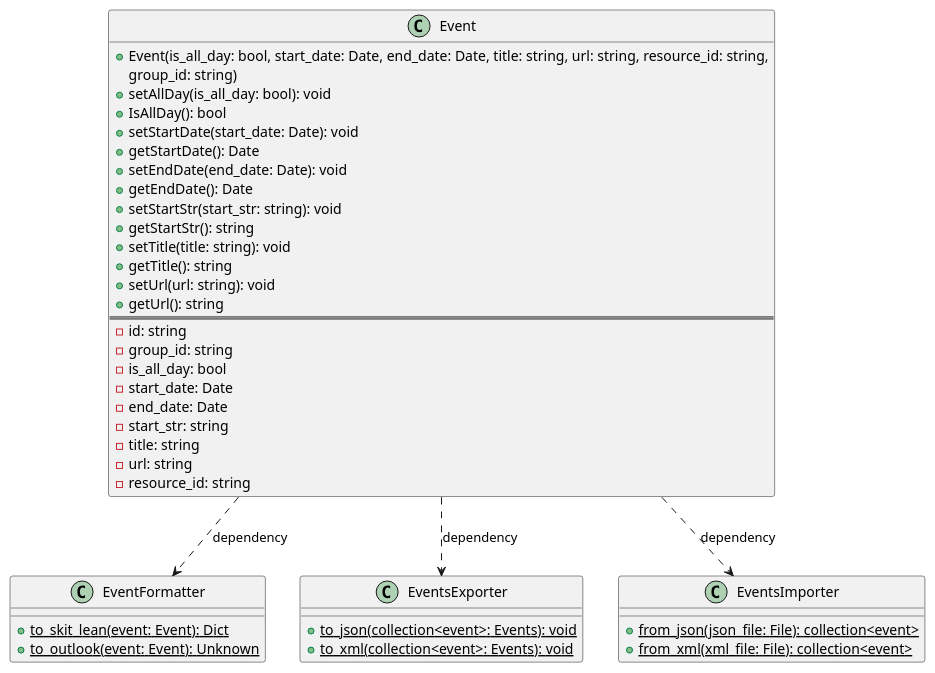
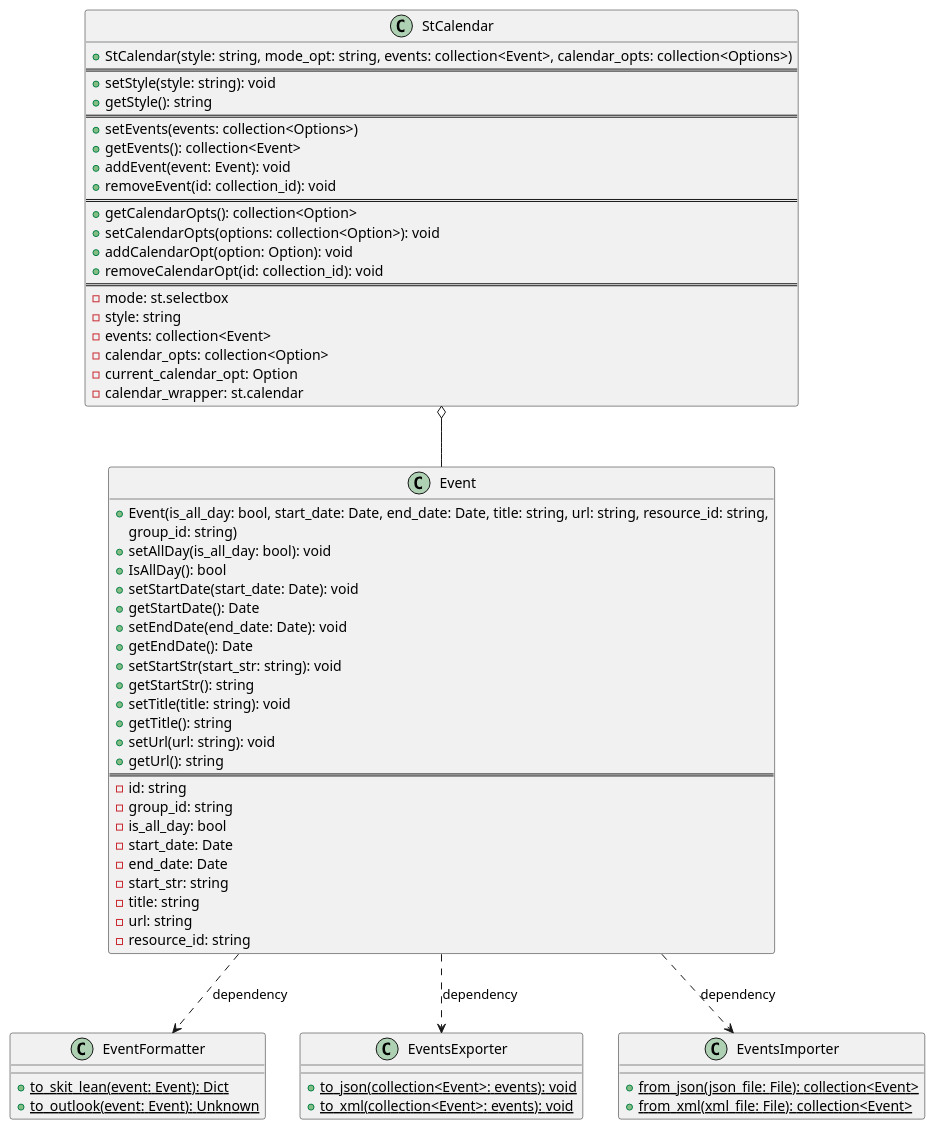
One commit to SirArt25/Chronastra changed the diagram in uml-diagram/chronastra.puml. Above: the diagram before and after it, drawn with PlantUML. The commit also changed 3 other files, not shown here.

Commit message:
Add StCallendar uml

```diff
--- a/uml-diagram/chronastra.puml
+++ b/uml-diagram/chronastra.puml
@@ -1,50 +1,73 @@
 @startuml
 class Event{
     + Event(is_all_day: bool, start_date: Date, end_date: Date, title: string, url: string, resource_id: string,
         group_id: string)
     + setAllDay(is_all_day: bool): void
     + IsAllDay(): bool
     + setStartDate(start_date: Date): void
     + getStartDate(): Date
     + setEndDate(end_date: Date): void
     + getEndDate(): Date
     + setStartStr(start_str: string): void
     + getStartStr(): string
     + setTitle(title: string): void
     + getTitle(): string
     + setUrl(url: string): void
     + getUrl(): string
     ===
     - id: string
     - group_id: string
     - is_all_day: bool
     - start_date: Date
     - end_date: Date
     - start_str: string
     - title: string
     - url: string
     - resource_id: string
 }
 
 
 class EventFormatter{
     {static} + to_skit_lean(event: Event): Dict
     {static} + to_outlook(event: Event): Unknown
 }
 
 class EventsExporter{
-    {static} + to_json(collection<event>: Events): void
-    {static} + to_xml(collection<event>: Events): void
+    {static} + to_json(collection<Event>: events): void
+    {static} + to_xml(collection<Event>: events): void
 }
 
 class EventsImporter{
-    {static} + from_json(json_file: File): collection<event>
-    {static} + from_xml(xml_file: File): collection<event>
+    {static} + from_json(json_file: File): collection<Event>
+    {static} + from_xml(xml_file: File): collection<Event>
 }
 
+class StCalendar{
+    + StCalendar(style: string, mode_opt: string, events: collection<Event>, calendar_opts: collection<Options>)
+    ===
+    + setStyle(style: string): void
+    + getStyle(): string
+    ===
+    + setEvents(events: collection<Options>)
+    + getEvents(): collection<Event>
+    + addEvent(event: Event): void
+    + removeEvent(id: collection_id): void
+    ===
+    + getCalendarOpts(): collection<Option>
+    + setCalendarOpts(options: collection<Option>): void
+    + addCalendarOpt(option: Option): void
+    + removeCalendarOpt(id: collection_id): void
+    ===
+    - mode: st.selectbox
+    - style: string
+    - events: collection<Event>
+    - calendar_opts: collection<Option>
+    - current_calendar_opt: Option
+    - calendar_wrapper: st.calendar
+}
 
-
+StCalendar o-- Event
 Event ..> EventFormatter : dependency
 Event ..> EventsExporter : dependency
 Event ..> EventsImporter : dependency
 @enduml
```
